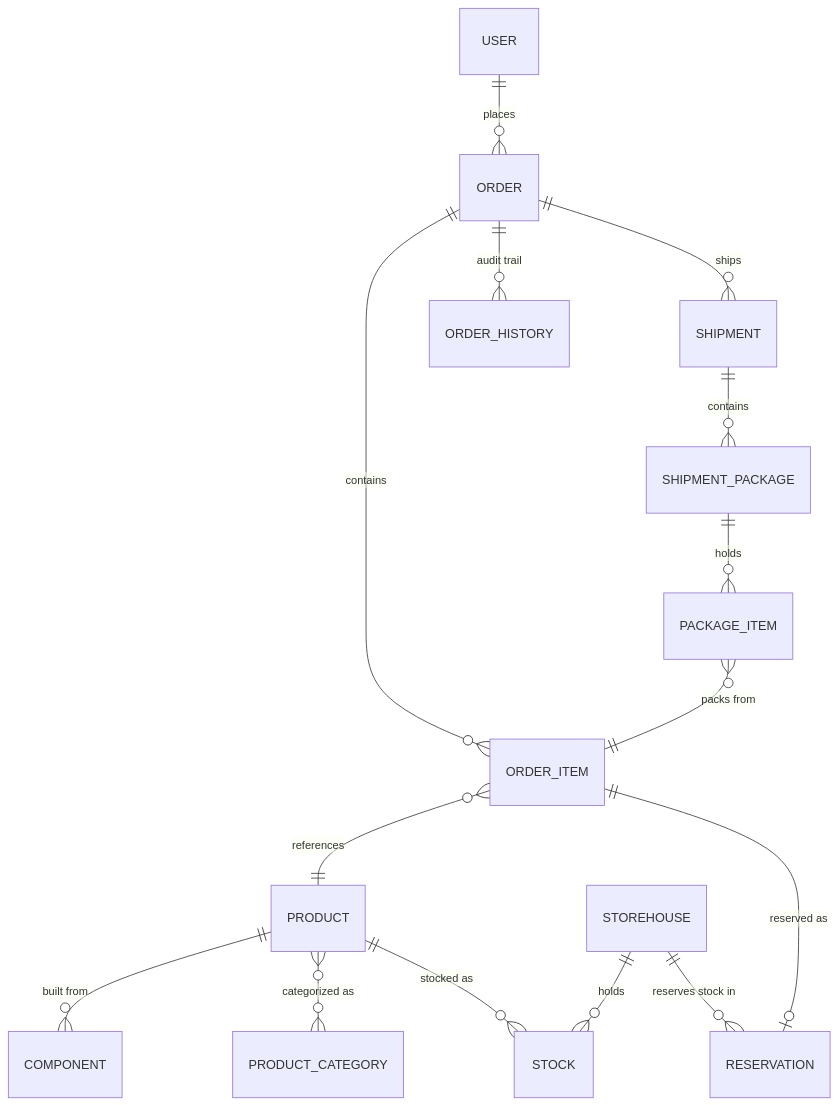
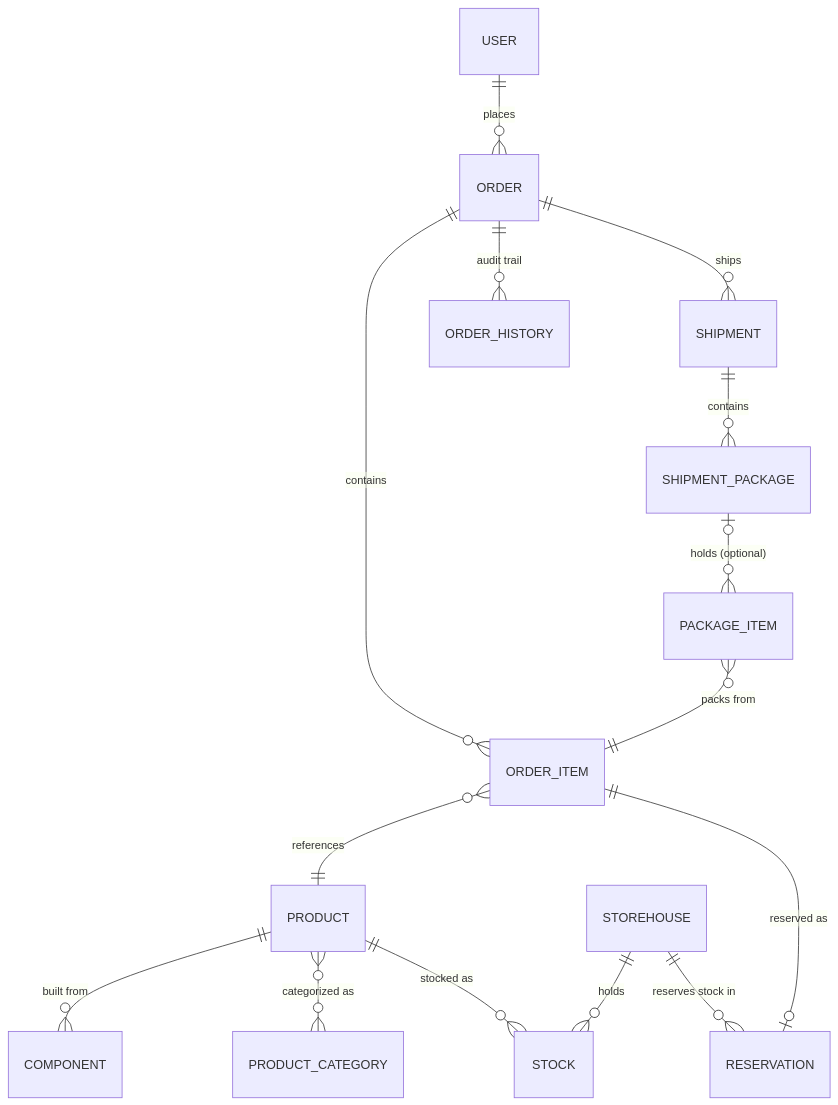
The fourth of 4 diagrams in README.md (waldifubu/scm-temporal), drawn with Mermaid before and after one commit. The commit also changed other lines of this file and 1 other file, not shown here.

````diff
--- a/README.md
+++ b/README.md
@@ -448,17 +503,17 @@
 ```mermaid
 erDiagram
     USER ||--o{ ORDER : places
     ORDER ||--o{ ORDER_ITEM : contains
     ORDER ||--o{ ORDER_HISTORY : "audit trail"
     ORDER_ITEM }o--|| PRODUCT : references
     ORDER_ITEM ||--o| RESERVATION : "reserved as"
     PRODUCT ||--o{ COMPONENT : "built from"
     PRODUCT }o--o{ PRODUCT_CATEGORY : "categorized as"
     PRODUCT ||--o{ STOCK : "stocked as"
     STOREHOUSE ||--o{ STOCK : holds
     STOREHOUSE ||--o{ RESERVATION : "reserves stock in"
     ORDER ||--o{ SHIPMENT : ships
     SHIPMENT ||--o{ SHIPMENT_PACKAGE : contains
-    SHIPMENT_PACKAGE ||--o{ PACKAGE_ITEM : holds
+    SHIPMENT_PACKAGE |o--o{ PACKAGE_ITEM : "holds (optional)"
     PACKAGE_ITEM }o--|| ORDER_ITEM : "packs from"
 ```
````
